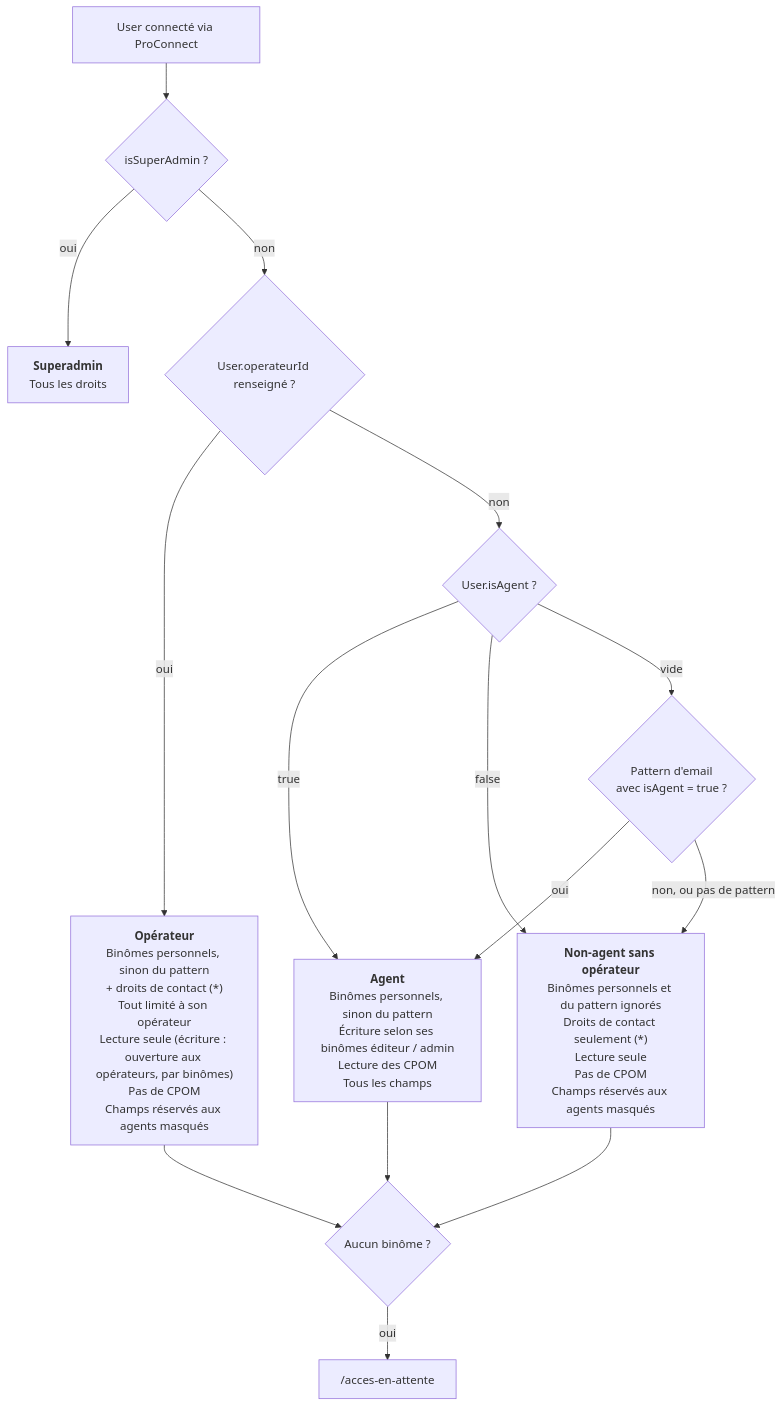
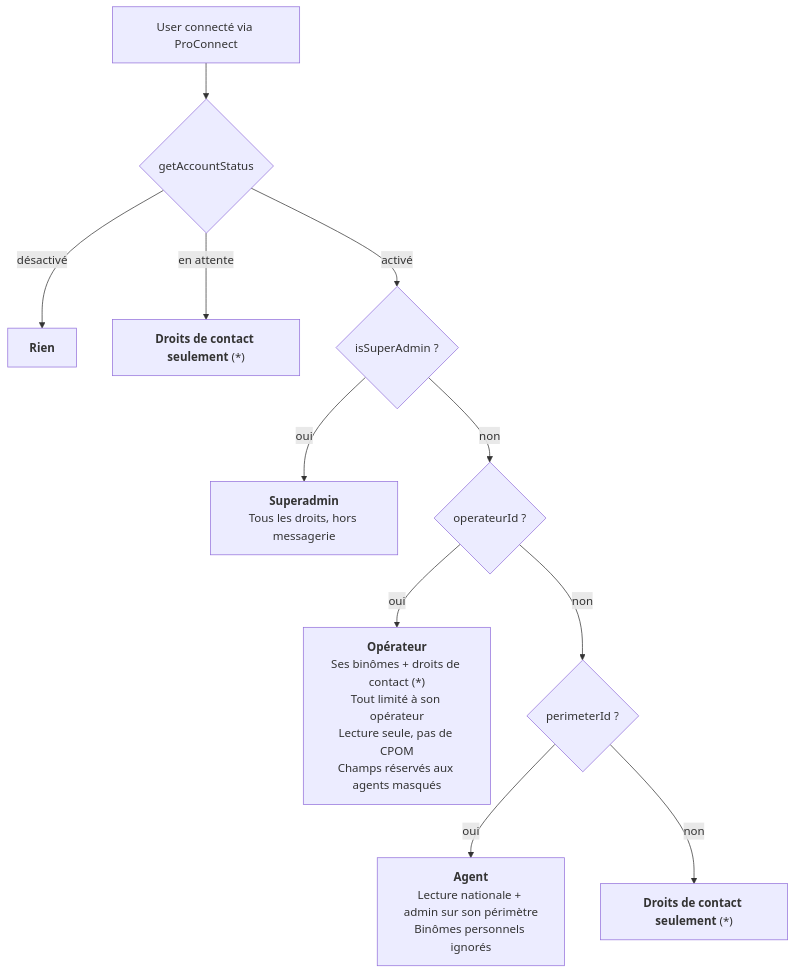
One commit to betagouv/bhasile changed the diagram in docs/permissions.md. Above: the diagram before and after it, drawn with Mermaid. The commit also changed other lines of this file and 28 other files, not shown here.

````diff
--- a/docs/permissions.md
+++ b/docs/permissions.md
@@ -43,20 +22,13 @@
 ```mermaid
 flowchart TD
-    U[User connecté via ProConnect] --> SA{isSuperAdmin ?}
-    SA -- oui --> SUP["<b>Superadmin</b><br/>Tous les droits"]
-    SA -- non --> OP{User.operateurId renseigné ?}
-    OP -- oui --> OPE
-    OP -- non --> UA{User.isAgent ?}
-    UA -- true --> AGE
-    UA -- false --> CT
-    UA -- vide --> PA{"Pattern d'email<br/>avec isAgent = true ?"}
-    PA -- oui --> AGE
-    PA -- "non, ou pas de pattern" --> CT
-
-    AGE["<b>Agent</b><br/>Binômes personnels, sinon du pattern<br/>Écriture selon ses binômes éditeur / admin<br/>Lecture des CPOM<br/>Tous les champs"]
-    OPE["<b>Opérateur</b><br/>Binômes personnels, sinon du pattern<br/>+ droits de contact (*)<br/>Tout limité à son opérateur<br/>Lecture seule (écriture : ouverture aux opérateurs, par binômes)<br/>Pas de CPOM<br/>Champs réservés aux agents masqués"]
-    CT["<b>Non-agent sans opérateur</b><br/>Binômes personnels et du pattern ignorés<br/>Droits de contact seulement (*)<br/>Lecture seule<br/>Pas de CPOM<br/>Champs réservés aux agents masqués"]
-
-    AGE & OPE & CT --> NONE{Aucun binôme ?}
-    NONE -- oui --> WAIT["/acces-en-attente"]
+    U[User connecté via ProConnect] --> ST{getAccountStatus}
+    ST -- désactivé --> OFF["<b>Rien</b>"]
+    ST -- en attente --> PEND["<b>Droits de contact seulement</b> (*)"]
+    ST -- activé --> SA{isSuperAdmin ?}
+    SA -- oui --> SUP["<b>Superadmin</b><br/>Tous les droits, hors messagerie"]
+    SA -- non --> OP{operateurId ?}
+    OP -- oui --> OPE["<b>Opérateur</b><br/>Ses binômes + droits de contact (*)<br/>Tout limité à son opérateur<br/>Lecture seule, pas de CPOM<br/>Champs réservés aux agents masqués"]
+    OP -- non --> PE{perimeterId ?}
+    PE -- oui --> AGE["<b>Agent</b><br/>Lecture nationale + admin sur son périmètre<br/>Binômes personnels ignorés"]
+    PE -- non --> CT["<b>Droits de contact seulement</b> (*)"]
 ```
````
